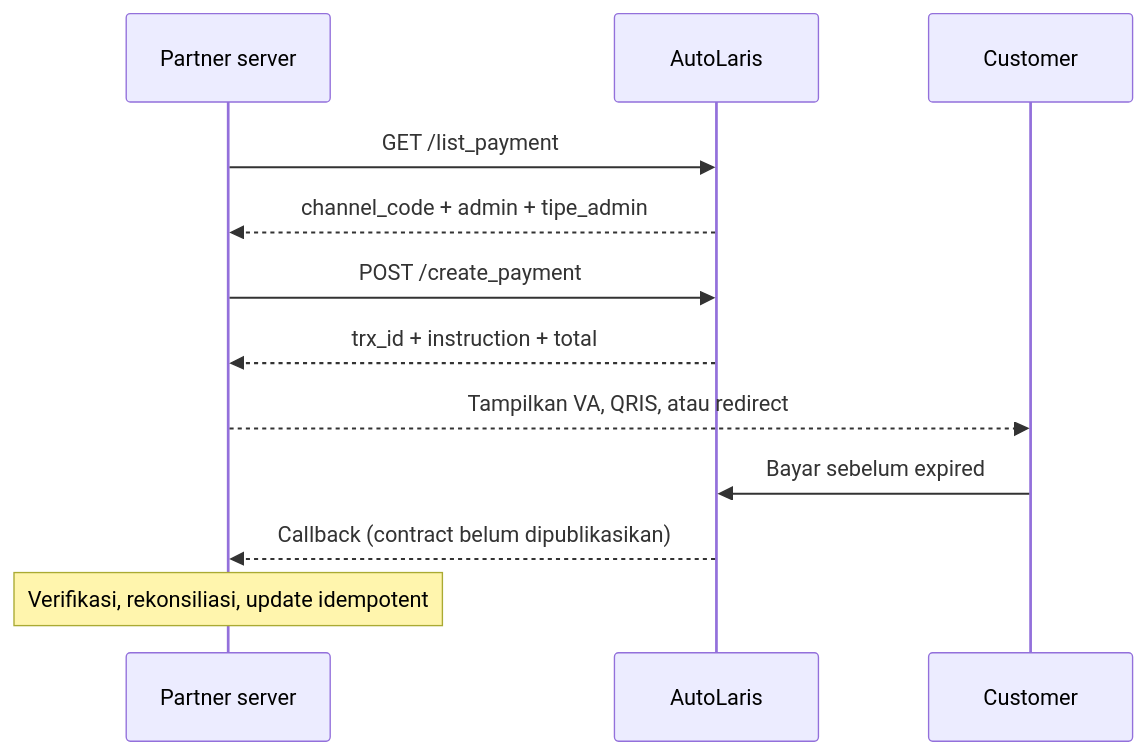
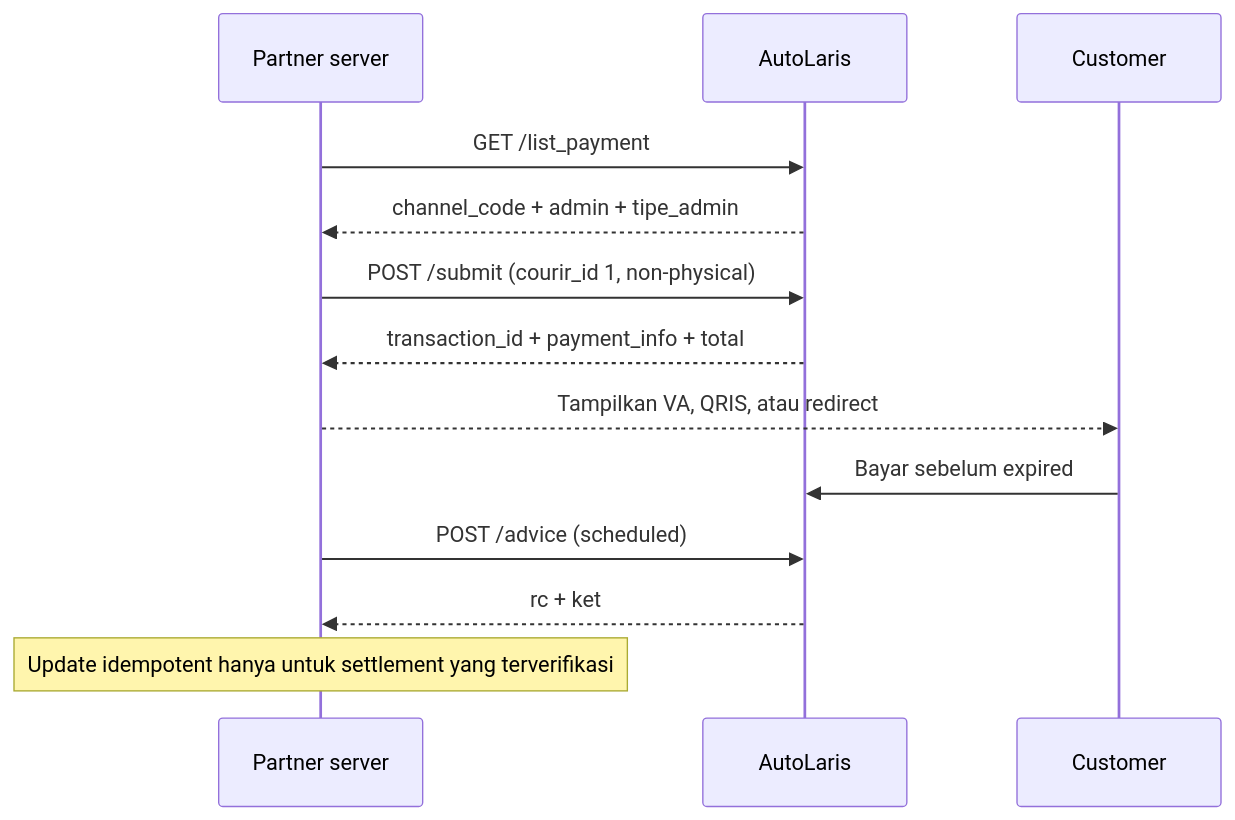
The diagram in AutoLaris-Payment-Gateway-API.md (ongkipro/autolaris), drawn with Mermaid before and after one commit. The commit also changed other lines of this file and 5 other files, not shown here.

````diff
--- a/AutoLaris-Payment-Gateway-API.md
+++ b/AutoLaris-Payment-Gateway-API.md
@@ -32,14 +49,15 @@
 ```mermaid
 sequenceDiagram
     participant App as Partner server
     participant API as AutoLaris
     participant User as Customer
     App->>API: GET /list_payment
     API-->>App: channel_code + admin + tipe_admin
-    App->>API: POST /create_payment
-    API-->>App: trx_id + instruction + total
+    App->>API: POST /submit (courir_id 1, non-physical)
+    API-->>App: transaction_id + payment_info + total
     App-->>User: Tampilkan VA, QRIS, atau redirect
     User->>API: Bayar sebelum expired
-    API-->>App: Callback (contract belum dipublikasikan)
-    Note over App: Verifikasi, rekonsiliasi, update idempotent
+    App->>API: POST /advice (scheduled)
+    API-->>App: rc + ket
+    Note over App: Update idempotent hanya untuk settlement yang terverifikasi
 ```
````
